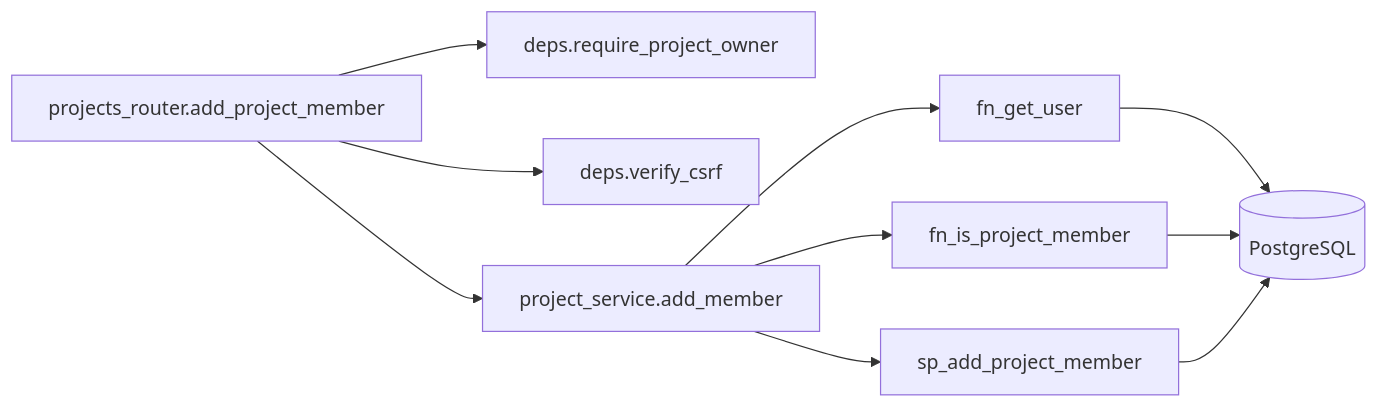
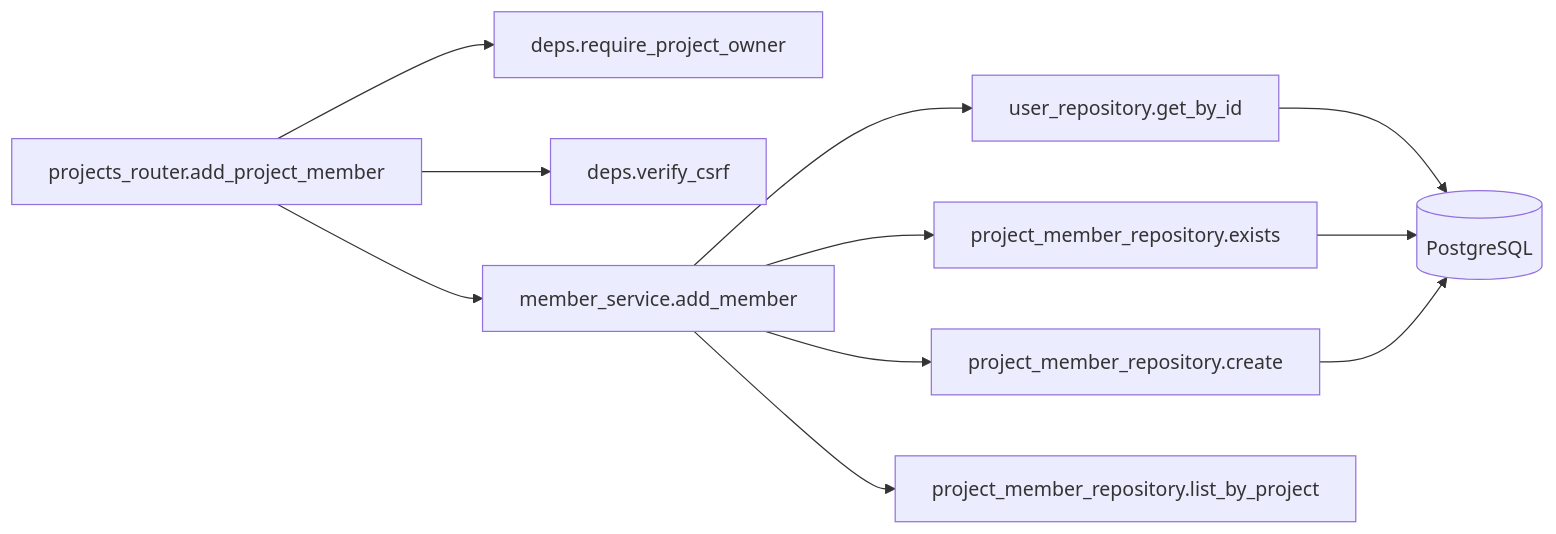
One commit to oikawa-d/task_management changed the third of 4 diagrams in docs/detailed_design/api/projects/07_post_project_members.md. Above: the diagram before and after it, drawn with Mermaid. The commit also changed other lines of this file and 4 other files, not shown here.

````diff
--- a/docs/detailed_design/api/projects/07_post_project_members.md
+++ b/docs/detailed_design/api/projects/07_post_project_members.md
@@ -219,12 +224,13 @@
 ```mermaid
 flowchart LR
     R["projects_router.add_project_member"] --> D["deps.require_project_owner"]
     R --> CSRF["deps.verify_csrf"]
-    R --> S["project_service.add_member"]
-    S --> UR["fn_get_user"]
-    S --> RP1["fn_is_project_member"]
-    S --> RP2["sp_add_project_member"]
+    R --> S["member_service.add_member"]
+    S --> UR["user_repository.get_by_id"]
+    S --> RP1["project_member_repository.exists"]
+    S --> RP2["project_member_repository.create"]
+    S --> RP3["project_member_repository.list_by_project"]
     UR --> PG[("PostgreSQL")]
     RP1 --> PG
     RP2 --> PG
 ```
````
